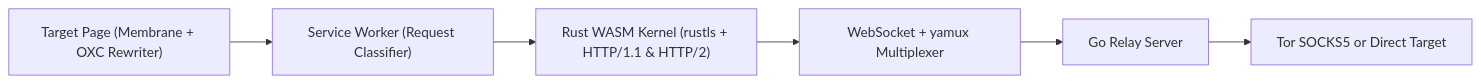
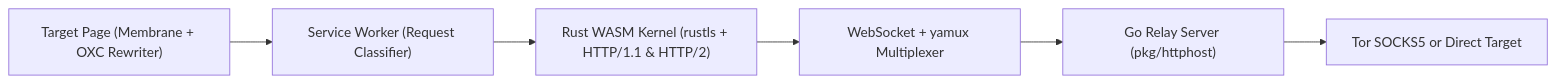
One commit to gosuda/1 changed the diagram in net/zeroproxy/README.md. Above: the diagram before and after it, drawn with Mermaid. The commit also changed other lines of this file and 13 other files, not shown here.

````diff
--- a/net/zeroproxy/README.md
+++ b/net/zeroproxy/README.md
@@ -11,8 +11,8 @@
 ```mermaid
 flowchart LR
     Page["Target Page (Membrane + OXC Rewriter)"] --> SW["Service Worker (Request Classifier)"]
     SW --> Kernel["Rust WASM Kernel (rustls + HTTP/1.1 & HTTP/2)"]
     Kernel --> Pipe["WebSocket + yamux Multiplexer"]
-    Pipe --> Relay["Go Relay Server"]
+    Pipe --> Relay["Go Relay Server (pkg/httphost)"]
     Relay --> Egress["Tor SOCKS5 or Direct Target"]
 ```
````
